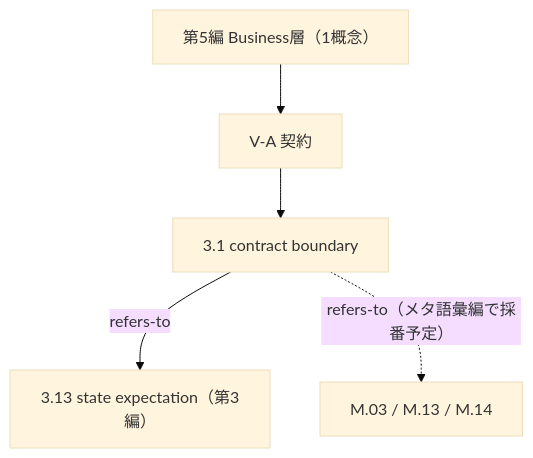
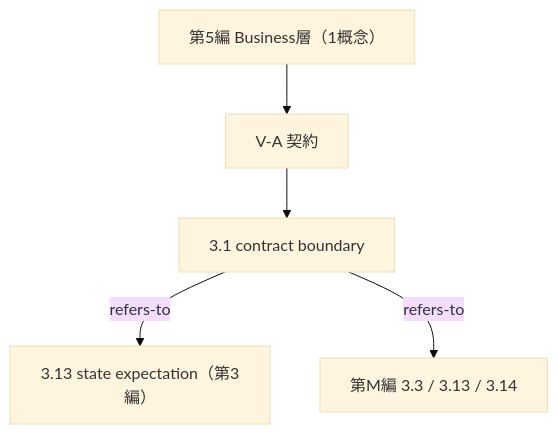
The second of 2 diagrams in pilot/part5-business.md (yuubae215/my-dictionary), drawn with Mermaid (base theme) before and after one commit. The commit also changed other lines of this file and 8 other files, not shown here.

````diff
--- a/pilot/part5-business.md
+++ b/pilot/part5-business.md
@@ -94,8 +94,8 @@
 ```mermaid
 flowchart TB
     P5["第5編 Business層（1概念）"]
     P5 --> A["V-A 契約"]
     A --> A1["3.1 contract boundary"]
     A1 -->|refers-to| S["3.13 state expectation（第3編）"]
-    A1 -.->|"refers-to（メタ語彙編で採番予定）"| M["M.03 / M.13 / M.14"]
+    A1 -->|refers-to| M["第M編 3.3 / 3.13 / 3.14"]
 ```
````
